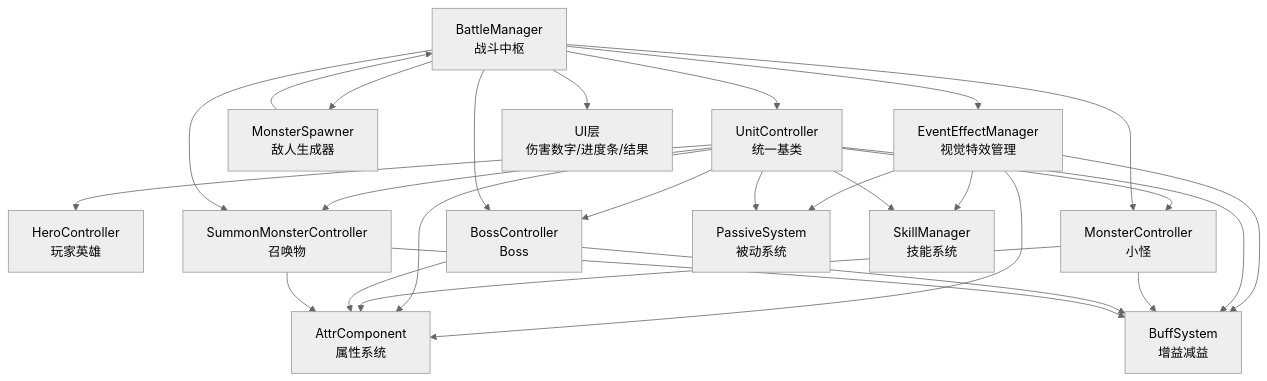
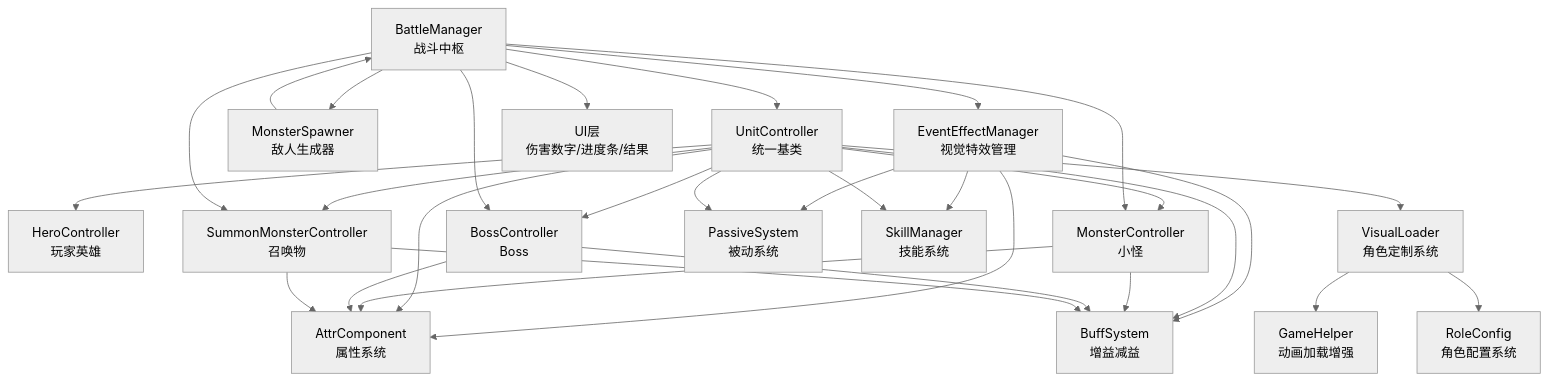
Before and after one commit to Tuusen/p1_client: the first of 11 diagrams in .qoder/repowiki/zh/content/战斗系统/战斗系统.md, drawn with Mermaid (neutral theme). The commit also changed other lines of this file and 5 other files, not shown here.

````diff
--- a/.qoder/repowiki/zh/content/战斗系统/战斗系统.md
+++ b/.qoder/repowiki/zh/content/战斗系统/战斗系统.md
@@ -58,29 +67,32 @@
 ```mermaid
 graph TB
 BM["BattleManager<br/>战斗中枢"] --> UC["UnitController<br/>统一基类"]
 UC --> HC["HeroController<br/>玩家英雄"]
 UC --> MC["MonsterController<br/>小怪"]
 UC --> BC["BossController<br/>Boss"]
 UC --> SM["SummonMonsterController<br/>召唤物"]
 BM --> MS["MonsterSpawner<br/>敌人生成器"]
 BM --> EE["EventEffectManager<br/>视觉特效管理"]
 BM --> UI["UI层<br/>伤害数字/进度条/结果"]
 EE --> AC["AttrComponent<br/>属性系统"]
 EE --> BS["BuffSystem<br/>增益减益"]
 EE --> PS["PassiveSystem<br/>被动系统"]
 EE --> SK["SkillManager<br/>技能系统"]
 UC --> AC
 UC --> BS
 UC --> PS
 UC --> SK
+UC --> VL["VisualLoader<br/>角色定制系统"]
+VL --> GH["GameHelper<br/>动画加载增强"]
+VL --> RC["RoleConfig<br/>角色配置系统"]
 MC --> AC
 MC --> BS
 BC --> AC
 BC --> BS
 SM --> AC
 SM --> BS
 MS --> BM
 BM --> MC
 BM --> BC
 BM --> SM
 ```
````
